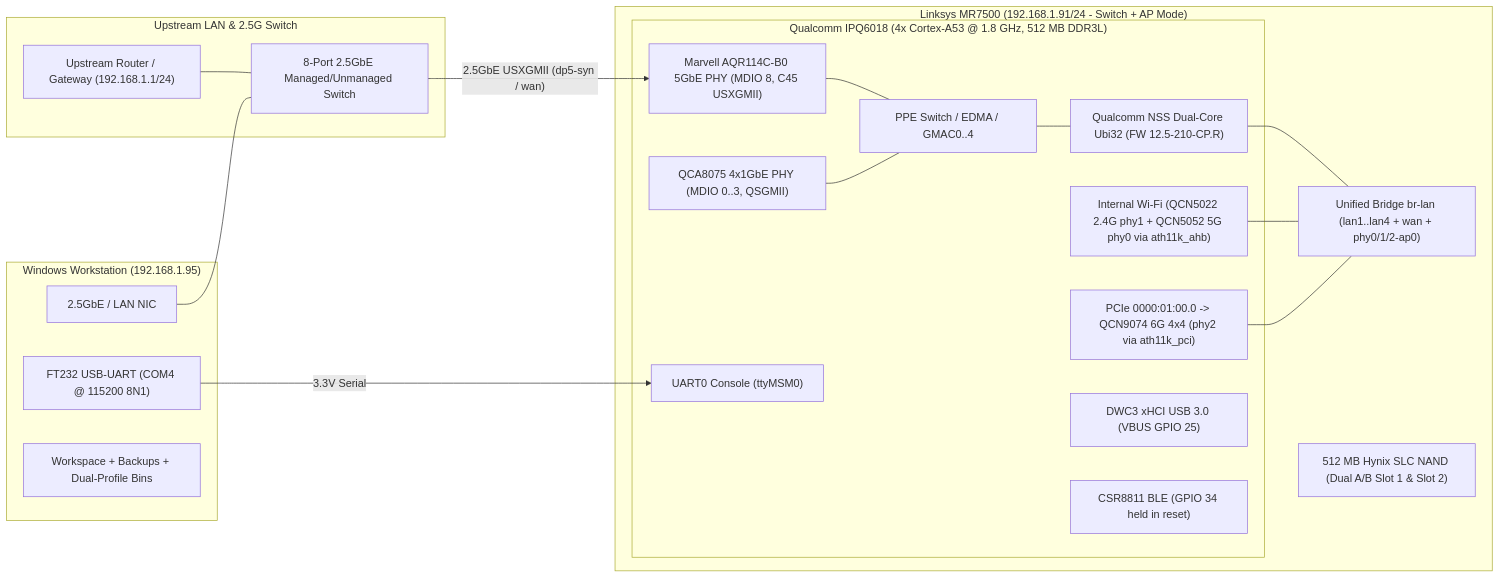
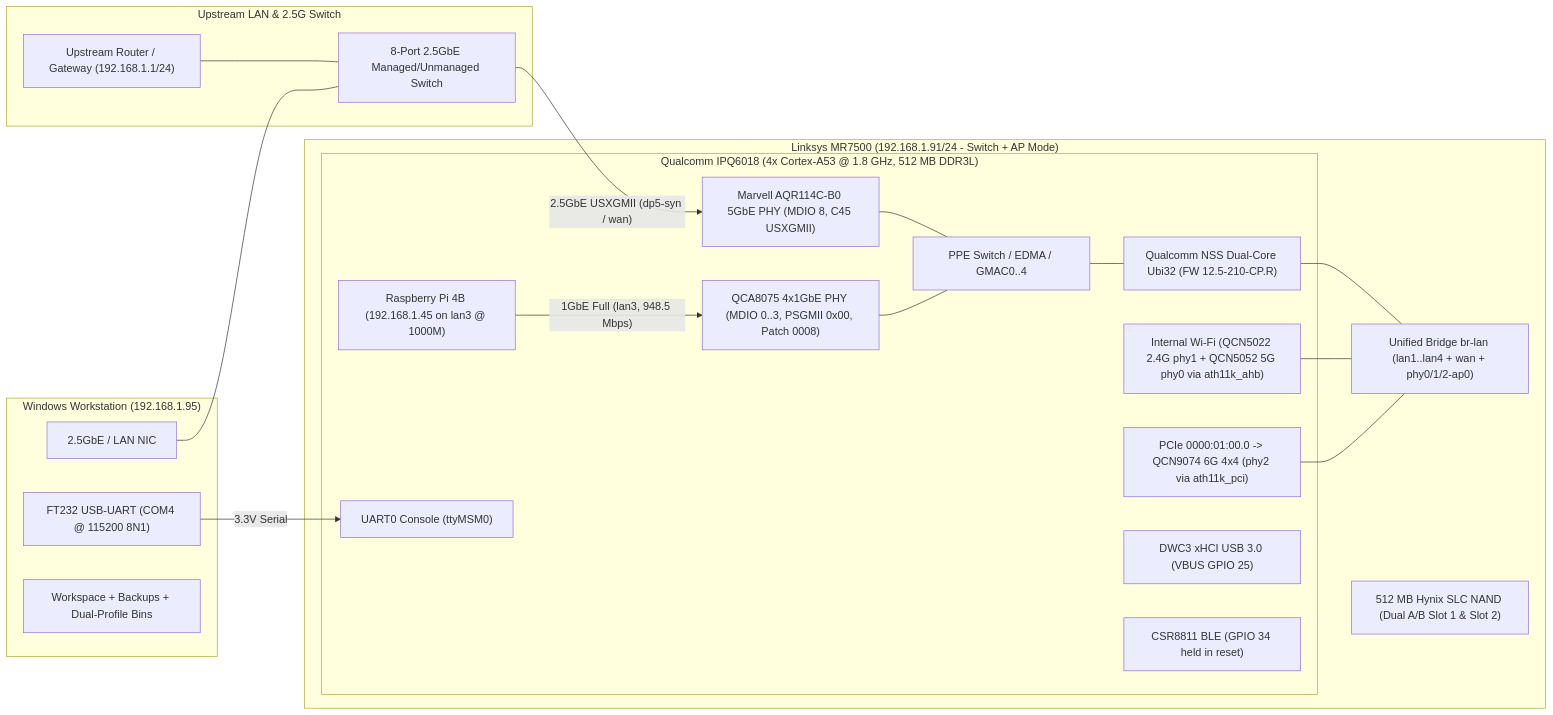
The first of 6 diagrams in docs/ARCHITECTURE_AND_EXPERIENCE_LOG.md (SanjayRavindran/Linksys-MR7500-NSS), drawn with Mermaid before and after one commit. The commit also changed other lines of this file and 13 other files, not shown here.

Commit message:
docs & cleanup: update MR7500 docs for Patch 0008 PSGMII, add Mermaid flowcharts, and harden TC-05

````diff
--- a/docs/ARCHITECTURE_AND_EXPERIENCE_LOG.md
+++ b/docs/ARCHITECTURE_AND_EXPERIENCE_LOG.md
@@ -9,41 +9,43 @@
 ```mermaid
 flowchart LR
     subgraph Upstream["Upstream LAN & 2.5G Switch"]
         GW["Upstream Router / Gateway (192.168.1.1/24)"]
         SW["8-Port 2.5GbE Managed/Unmanaged Switch"]
         GW --- SW
     end
 
     subgraph WinPC["Windows Workstation (192.168.1.95)"]
         WINNIC["2.5GbE / LAN NIC"]
         UART["FT232 USB-UART (COM4 @ 115200 8N1)"]
         WS["Workspace + Backups + Dual-Profile Bins"]
     end
 
     WINNIC --- SW
 
     subgraph MR7500["Linksys MR7500 (192.168.1.91/24 - Switch + AP Mode)"]
         subgraph SoC["Qualcomm IPQ6018 (4x Cortex-A53 @ 1.8 GHz, 512 MB DDR3L)"]
             NSS["Qualcomm NSS Dual-Core Ubi32 (FW 12.5-210-CP.R)"]
             PPE["PPE Switch / EDMA / GMAC0..4"]
             AQR["Marvell AQR114C-B0 5GbE PHY (MDIO 8, C45 USXGMII)"]
-            QCA["QCA8075 4x1GbE PHY (MDIO 0..3, QSGMII)"]
+            QCA["QCA8075 4x1GbE PHY (MDIO 0..3, PSGMII 0x00, Patch 0008)"]
+            PI4["Raspberry Pi 4B (192.168.1.45 on lan3 @ 1000M)"]
             AHB["Internal Wi-Fi (QCN5022 2.4G phy1 + QCN5052 5G phy0 via ath11k_ahb)"]
             PCI["PCIe 0000:01:00.0 -> QCN9074 6G 4x4 (phy2 via ath11k_pci)"]
             SERIAL["UART0 Console (ttyMSM0)"]
             USB["DWC3 xHCI USB 3.0 (VBUS GPIO 25)"]
             BT["CSR8811 BLE (GPIO 34 held in reset)"]
         end
         BR["Unified Bridge br-lan (lan1..lan4 + wan + phy0/1/2-ap0)"]
         NAND["512 MB Hynix SLC NAND (Dual A/B Slot 1 & Slot 2)"]
     end
 
     SW -- "2.5GbE USXGMII (dp5-syn / wan)" --> AQR
     AQR --- PPE
+    PI4 -- "1GbE Full (lan3, 948.5 Mbps)" --> QCA
     QCA --- PPE
     PPE --- NSS
     NSS --- BR
     AHB --- BR
     PCI --- BR
     UART -- "3.3V Serial" --> SERIAL
 ```
````
